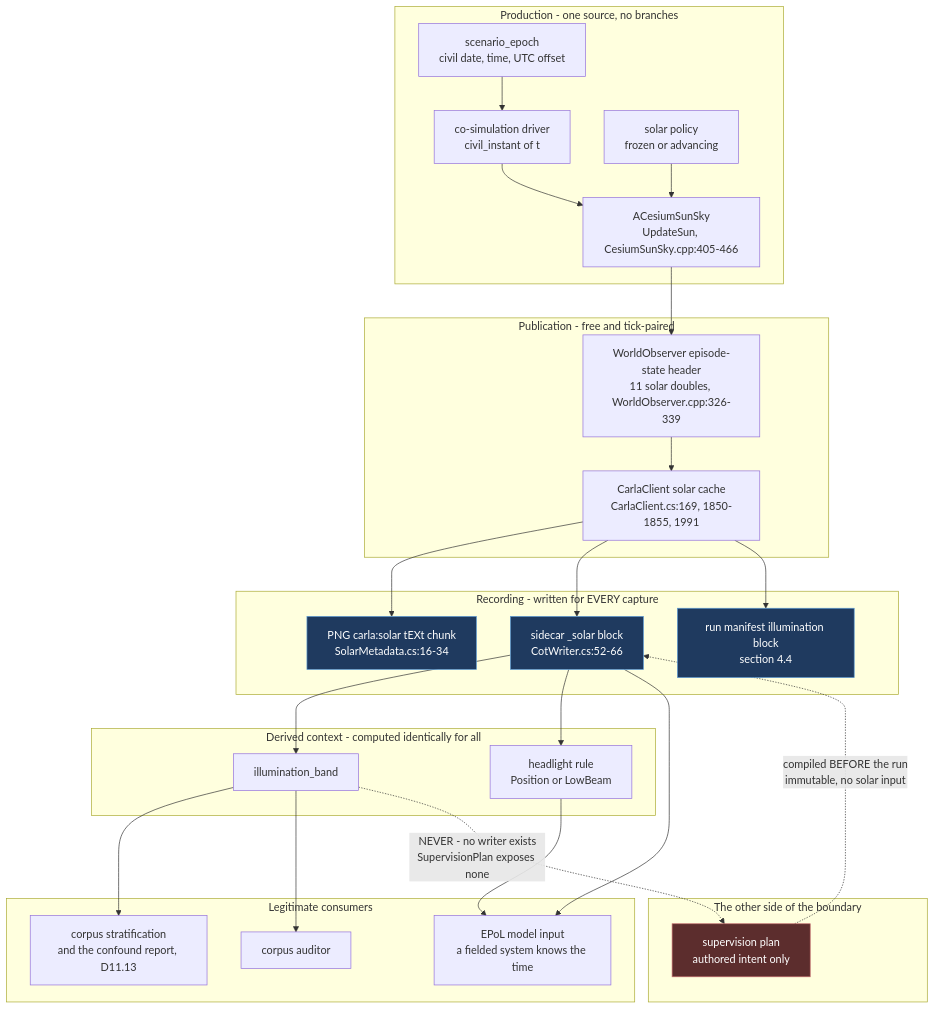
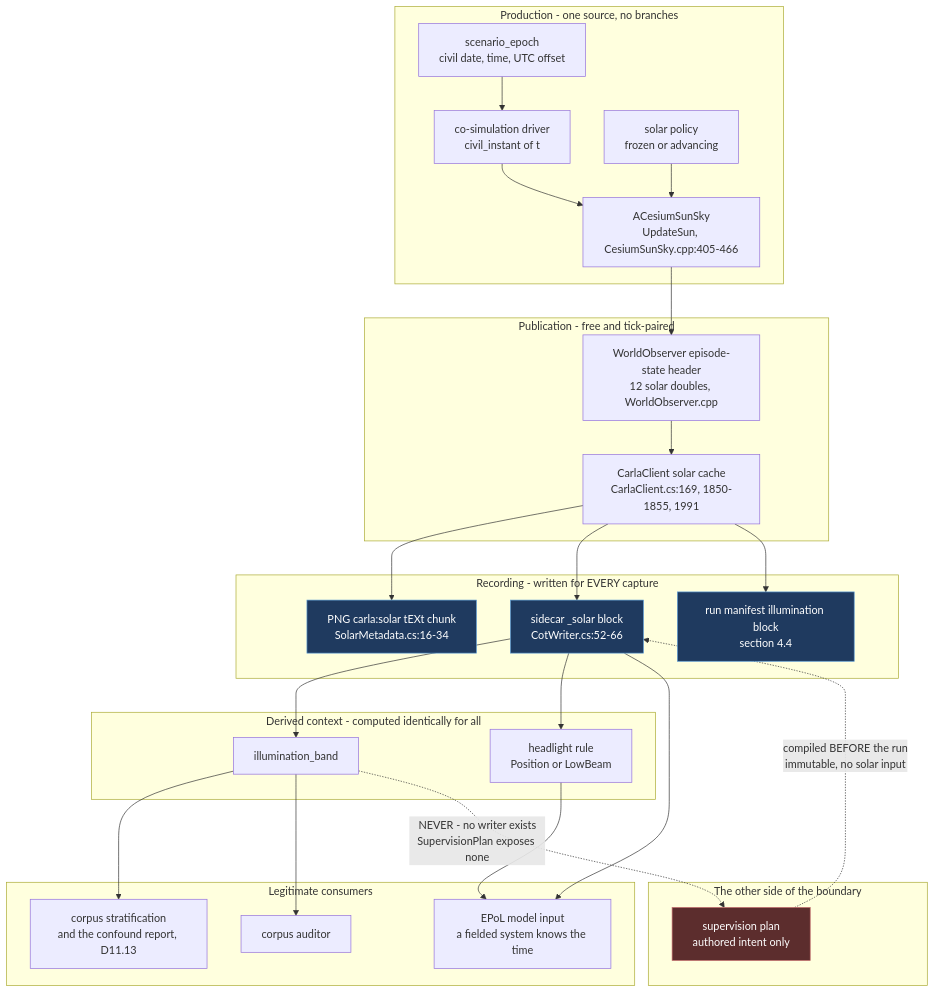
The third of 3 diagrams in Docs/CAT_Research/Plans/SUMO_Behavioral_Capture/11_Time_And_Illumination.md (sbrett9/carla), drawn with Mermaid before and after one commit. The commit also changed other lines of this file, not shown here.

````diff
--- a/Docs/CAT_Research/Plans/SUMO_Behavioral_Capture/11_Time_And_Illumination.md
+++ b/Docs/CAT_Research/Plans/SUMO_Behavioral_Capture/11_Time_And_Illumination.md
@@ -1113,56 +1123,56 @@
 ```mermaid
 flowchart TB
     subgraph produce["Production - one source, no branches"]
         EPOCH["scenario_epoch<br/>civil date, time, UTC offset"]
         CLK["co-simulation driver<br/>civil_instant of t"]
         SUN["ACesiumSunSky<br/>UpdateSun, CesiumSunSky.cpp:405-466"]
         POL["solar policy<br/>frozen or advancing"]
         EPOCH --> CLK --> SUN
         POL --> SUN
     end
 
     subgraph publish["Publication - free and tick-paired"]
-        OBS["WorldObserver episode-state header<br/>11 solar doubles, WorldObserver.cpp:326-339"]
+        OBS["WorldObserver episode-state header<br/>12 solar doubles, WorldObserver.cpp"]
         CACHE["CarlaClient solar cache<br/>CarlaClient.cs:169, 1850-1855, 1991"]
         SUN --> OBS --> CACHE
     end
 
     subgraph record["Recording - written for EVERY capture"]
         PNG["PNG carla:solar tEXt chunk<br/>SolarMetadata.cs:16-34"]
         SIDE["sidecar _solar block<br/>CotWriter.cs:52-66"]
         MAN["run manifest illumination block<br/>section 4.4"]
         CACHE --> PNG
         CACHE --> SIDE
         CACHE --> MAN
     end
 
     subgraph derived["Derived context - computed identically for all"]
         BAND["illumination_band"]
         HEAD["headlight rule<br/>Position or LowBeam"]
         SIDE --> BAND
         SIDE --> HEAD
     end
 
     subgraph allowed["Legitimate consumers"]
         STRAT["corpus stratification<br/>and the confound report, D11.13"]
         MODEL["EPoL model input<br/>a fielded system knows the time"]
         AUDIT["corpus auditor"]
     end
 
     subgraph forbidden["The other side of the boundary"]
         SUP["supervision plan<br/>authored intent only"]
     end
 
     BAND --> STRAT
     BAND --> AUDIT
     SIDE --> MODEL
     HEAD --> MODEL
 
     SUP -.->|"compiled BEFORE the run<br/>immutable, no solar input"| SIDE
     BAND -.->|"NEVER - no writer exists<br/>SupervisionPlan exposes none"| SUP
 
     classDef truth fill:#1f3a5f,stroke:#5b9bd5,color:#fff
     classDef bad fill:#5c2d2d,stroke:#c46c6c,color:#fff
     class SIDE,MAN,PNG truth
     class SUP bad
 ```
````
